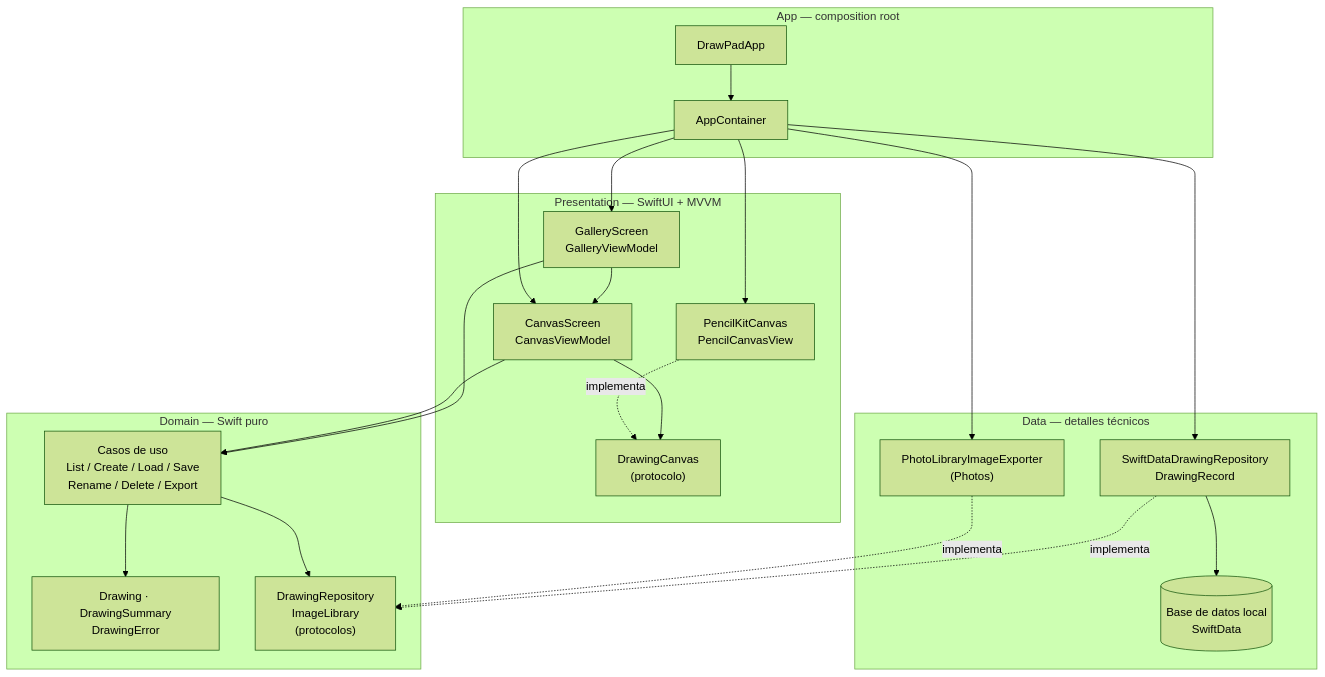
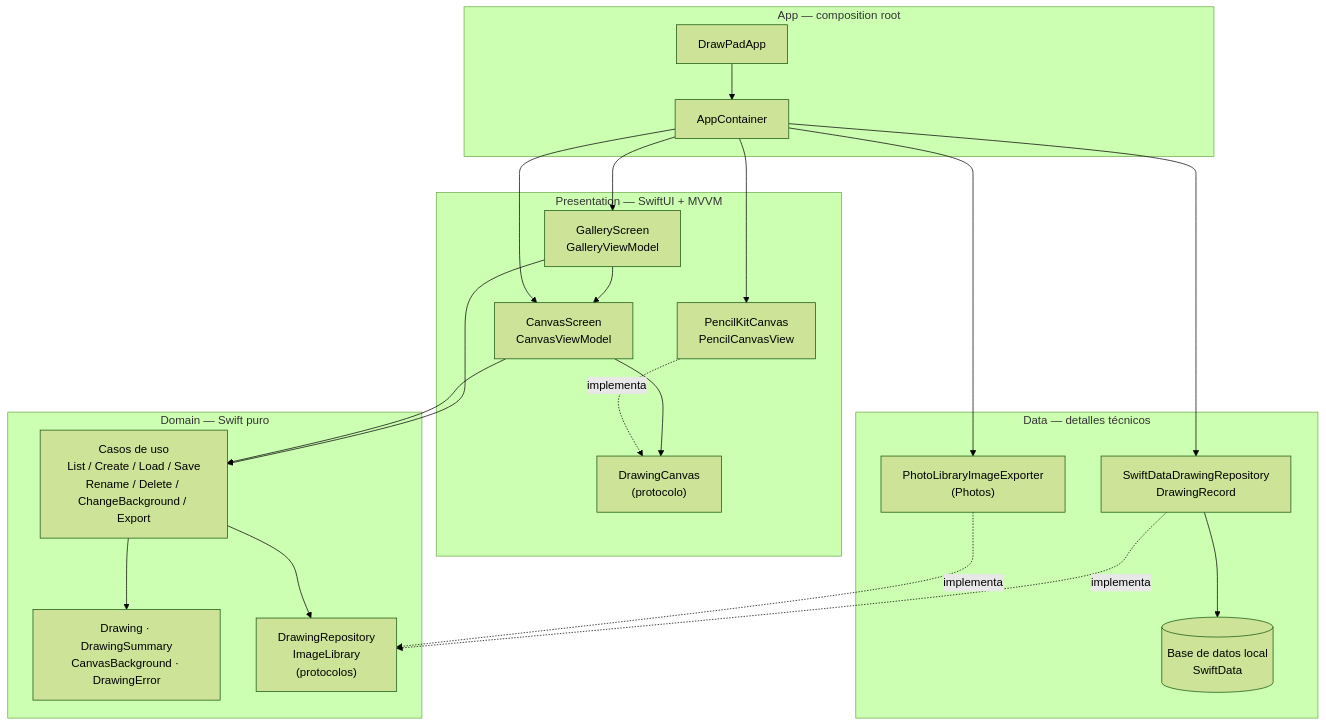
One commit to jhonjairo6230/DrawPad changed the first of 9 diagrams in docs/arquitectura.md. Above: the diagram before and after it, drawn with Mermaid (forest theme). The commit also changed other lines of this file and 2 other files, not shown here.

````diff
--- a/docs/arquitectura.md
+++ b/docs/arquitectura.md
@@ -13,40 +13,40 @@
 ```mermaid
 flowchart TB
     subgraph APP["App — composition root"]
         A1["DrawPadApp"]
         A2["AppContainer"]
     end
     subgraph PRES["Presentation — SwiftUI + MVVM"]
         G1["GalleryScreen<br/>GalleryViewModel"]
         P1["CanvasScreen<br/>CanvasViewModel"]
         P3["DrawingCanvas<br/>(protocolo)"]
         P4["PencilKitCanvas<br/>PencilCanvasView"]
     end
     subgraph DOM["Domain — Swift puro"]
-        D1["Casos de uso<br/>List / Create / Load / Save<br/>Rename / Delete / Export"]
-        D2["Drawing · DrawingSummary<br/>DrawingError"]
+        D1["Casos de uso<br/>List / Create / Load / Save<br/>Rename / Delete / ChangeBackground / Export"]
+        D2["Drawing · DrawingSummary<br/>CanvasBackground · DrawingError"]
         D3["DrawingRepository<br/>ImageLibrary<br/>(protocolos)"]
     end
     subgraph DATA["Data — detalles técnicos"]
         T1["SwiftDataDrawingRepository<br/>DrawingRecord"]
         T2["PhotoLibraryImageExporter<br/>(Photos)"]
         T3[("Base de datos local<br/>SwiftData")]
     end
 
     G1 --> P1
     G1 --> D1
     P1 --> P3
     P1 --> D1
     P4 -. implementa .-> P3
     D1 --> D2
     D1 --> D3
     T1 -. implementa .-> D3
     T2 -. implementa .-> D3
     T1 --> T3
     A1 --> A2
     A2 --> G1
     A2 --> P1
     A2 --> P4
     A2 --> T1
     A2 --> T2
 ```
````
